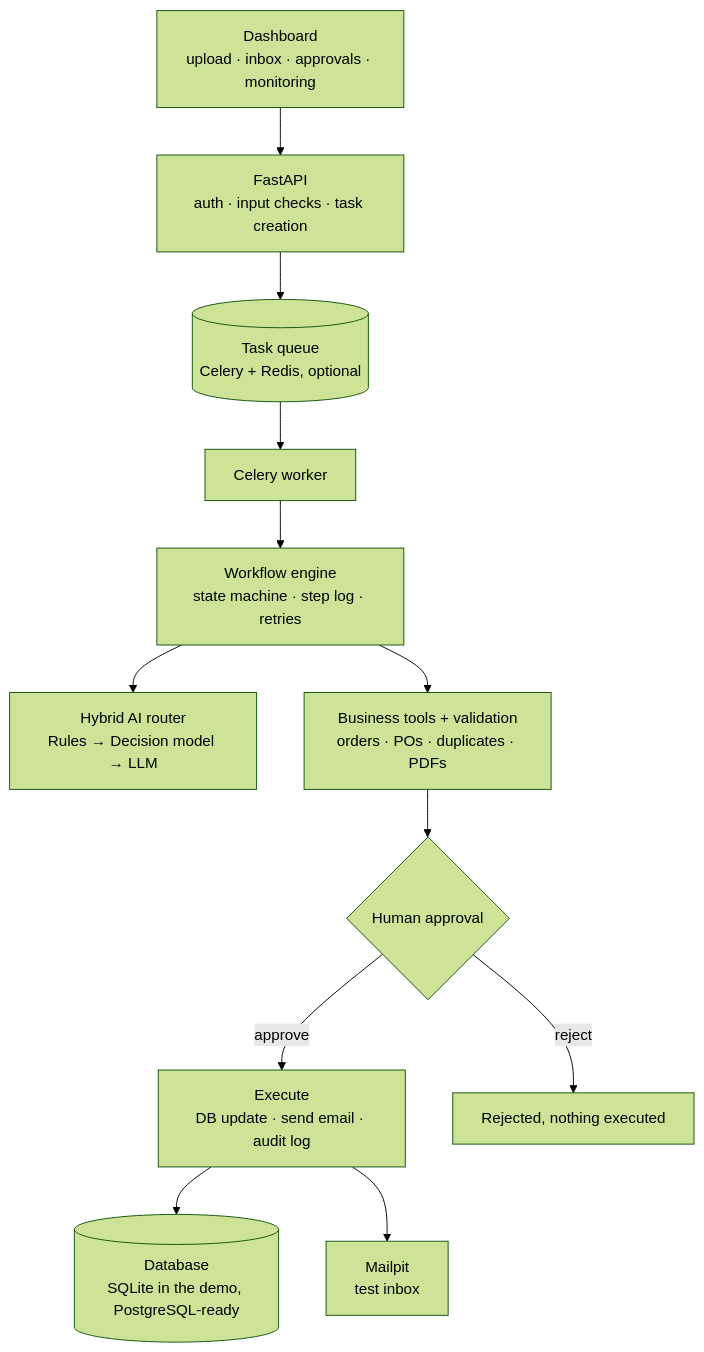
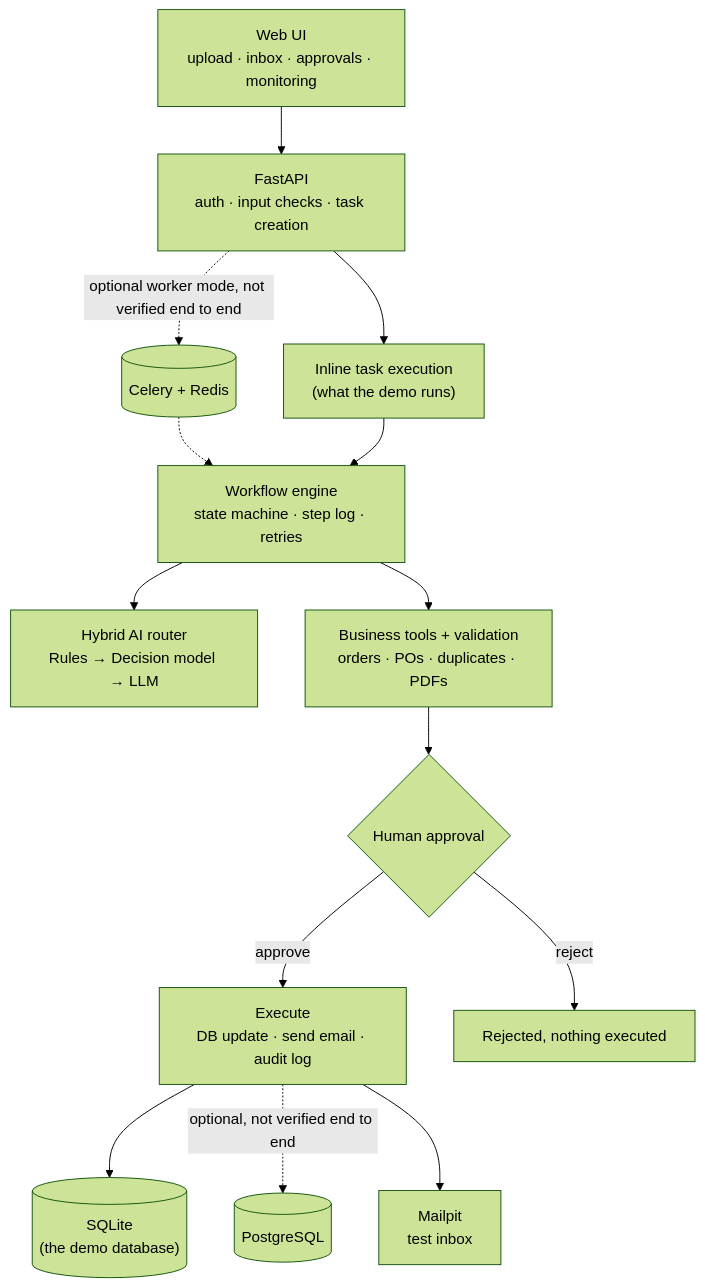
One commit to darrencxl0301/smeflow-ai changed the diagram in README.md. Above: the diagram before and after it, drawn with Mermaid (forest theme). The commit also changed other lines of this file, not shown here.

````diff
--- a/README.md
+++ b/README.md
@@ -54,14 +42,16 @@
 ```mermaid
 flowchart TD
-    UI["Dashboard<br/>upload · inbox · approvals · monitoring"] --> API["FastAPI<br/>auth · input checks · task creation"]
-    API --> Q[("Task queue<br/>Celery + Redis, optional")]
-    Q --> W["Celery worker"]
-    W --> WF["Workflow engine<br/>state machine · step log · retries"]
+    UI["Web UI<br/>upload · inbox · approvals · monitoring"] --> API["FastAPI<br/>auth · input checks · task creation"]
+    API --> INL["Inline task execution<br/>(what the demo runs)"]
+    API -. optional worker mode, not verified end to end .-> Q[("Celery + Redis")]
+    Q -.-> WF
+    INL --> WF["Workflow engine<br/>state machine · step log · retries"]
     WF --> AI["Hybrid AI router<br/>Rules → Decision model → LLM"]
     WF --> TOOLS["Business tools + validation<br/>orders · POs · duplicates · PDFs"]
     TOOLS --> GATE{"Human approval"}
     GATE -- approve --> EXEC["Execute<br/>DB update · send email · audit log"]
     GATE -- reject --> STOP["Rejected, nothing executed"]
-    EXEC --> PG[("Database<br/>SQLite in the demo, PostgreSQL-ready")]
+    EXEC --> DB[("SQLite<br/>(the demo database)")]
+    EXEC -. optional, not verified end to end .-> PG[("PostgreSQL")]
     EXEC --> MP["Mailpit<br/>test inbox"]
 ```
````
